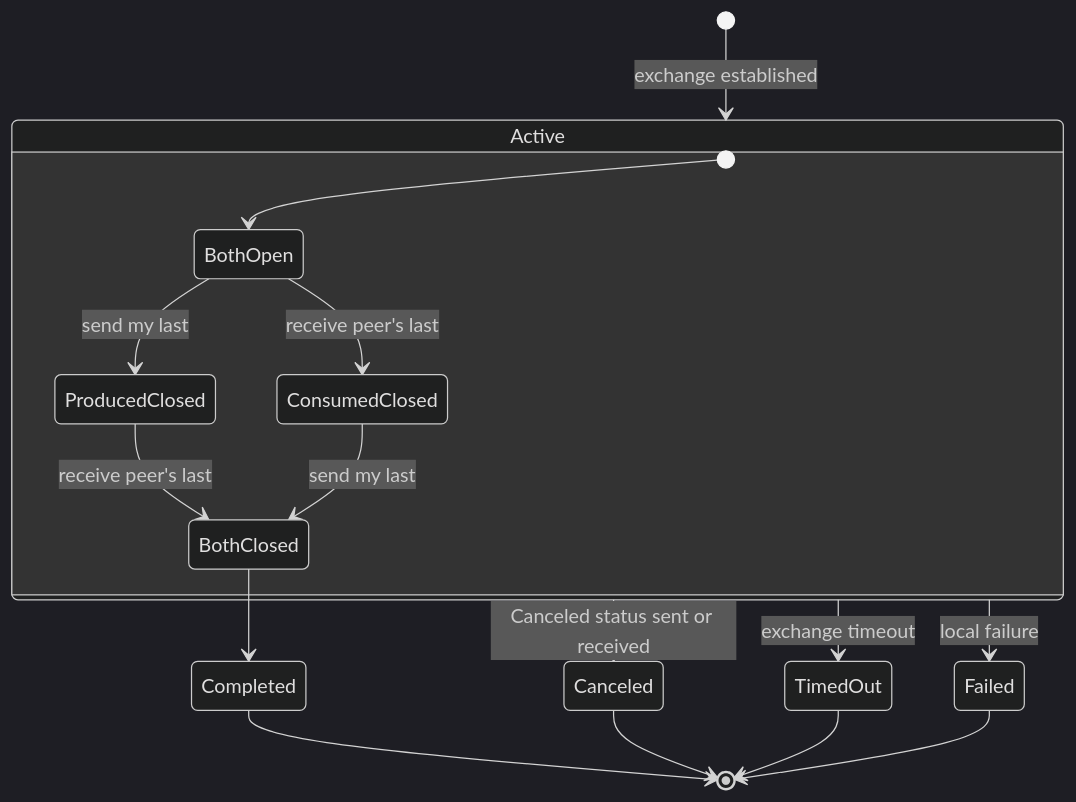
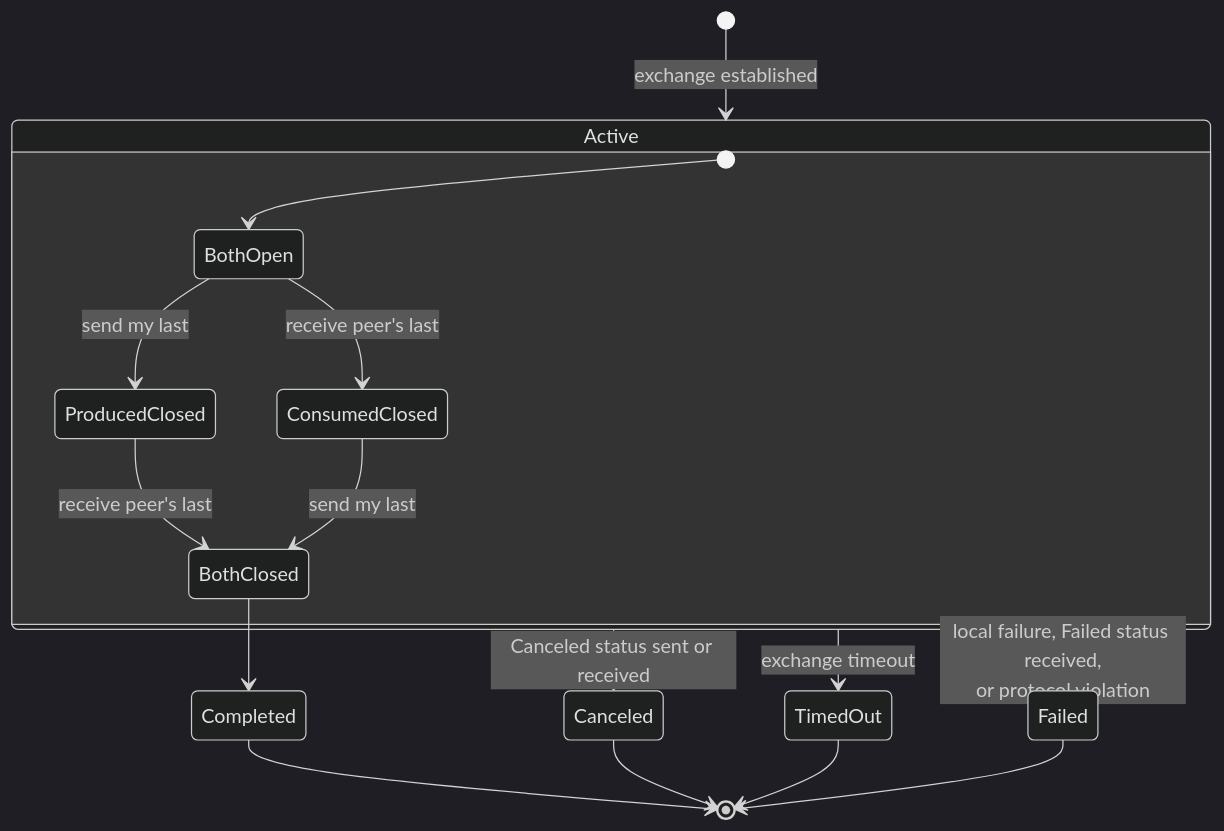
The first of 10 diagrams in doc/dev/adr/0025-rpc-streaming-lifecycle-diagrams.md (Azure/iot-operations-sdks), drawn with Mermaid (dark theme) before and after one commit. The commit also changed other lines of this file and 3 other files, not shown here.

First line of the commit message:
ADR 25: add stream failure status and error reporting

````diff
--- a/doc/dev/adr/0025-rpc-streaming-lifecycle-diagrams.md
+++ b/doc/dev/adr/0025-rpc-streaming-lifecycle-diagrams.md
@@ -19,22 +19,22 @@
 ```mermaid
 stateDiagram-v2
     [*] --> Active: exchange established
 
     state Active {
         [*] --> BothOpen
         BothOpen --> ProducedClosed: send my last
         BothOpen --> ConsumedClosed: receive peer's last
         ProducedClosed --> BothClosed: receive peer's last
         ConsumedClosed --> BothClosed: send my last
     }
 
     BothClosed --> Completed
     Active --> Canceled: Canceled status sent or received
     Active --> TimedOut: exchange timeout
-    Active --> Failed: local failure
+    Active --> Failed: local failure, Failed status received,<br/>or protocol violation
 
     Completed --> [*]
     Canceled --> [*]
     TimedOut --> [*]
     Failed --> [*]
 ```
````
